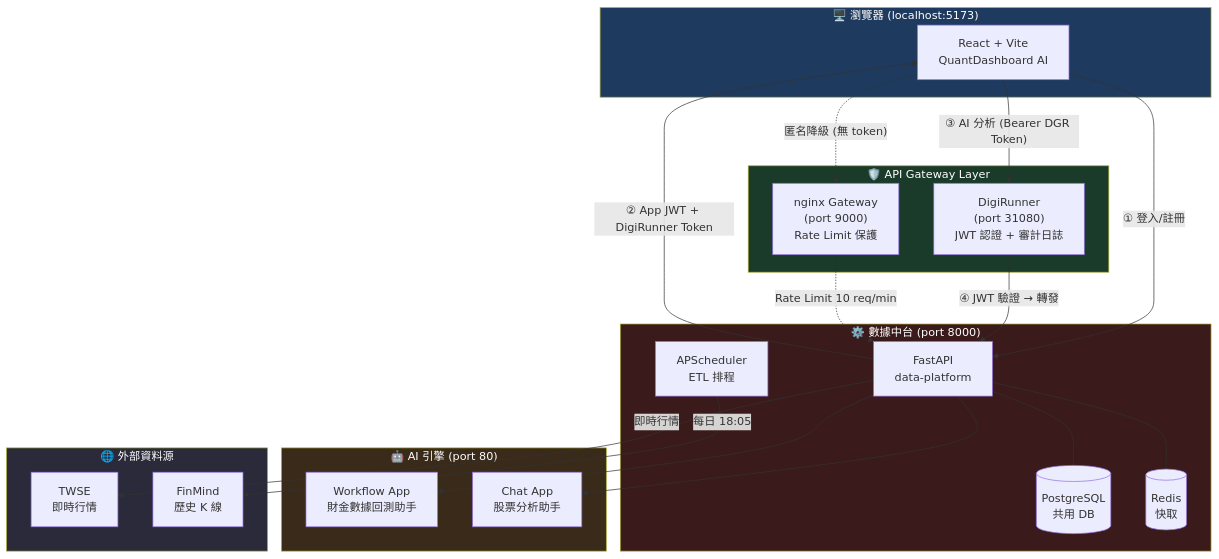
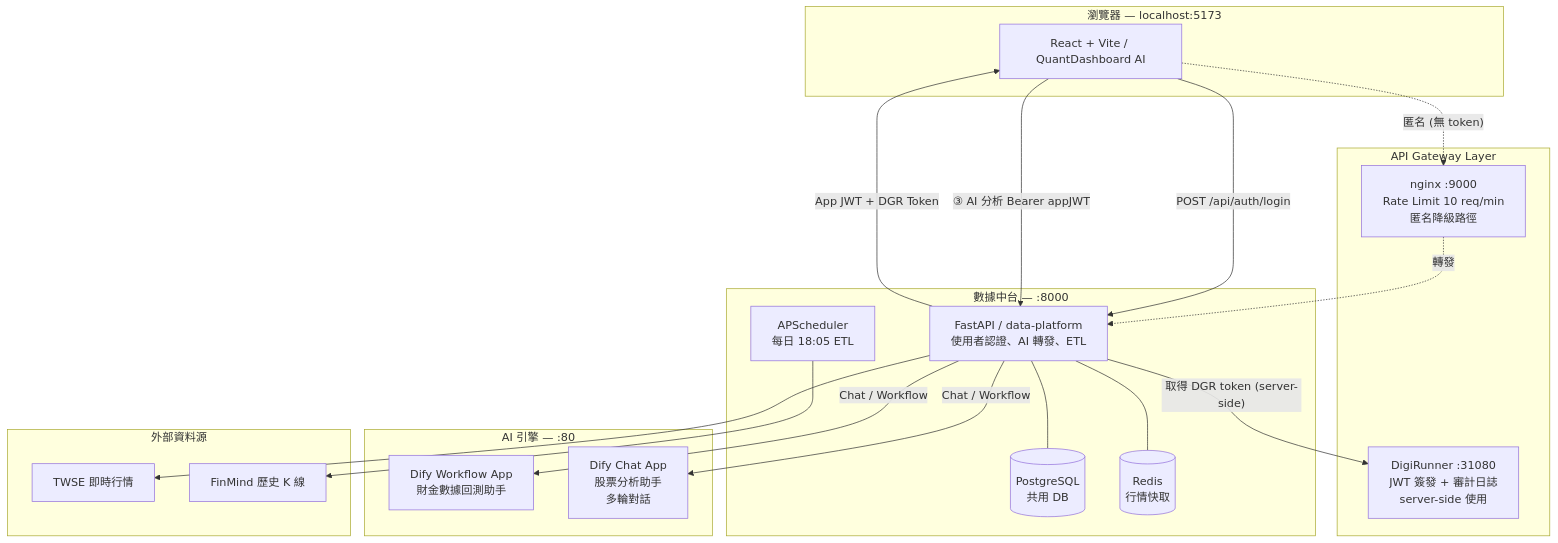
Before and after one commit to kevinzeroCode/GDG-opentpi-2026: the diagram in README.md, drawn with Mermaid. The commit also changed 3 other files, not shown here.

First line of the commit message:
fix: 改前端 AI 路由避免 DigiRunner CORS 問題，修 Mermaid 換行

````diff
--- a/README.md
+++ b/README.md
@@ -10,49 +10,43 @@
 ```mermaid
 graph TB
-    subgraph Client["🖥️ 瀏覽器 (localhost:5173)"]
-        FE["React + Vite\nQuantDashboard AI"]
+    subgraph Client["瀏覽器 — localhost:5173"]
+        FE["React + Vite / QuantDashboard AI"]
     end
 
-    subgraph Gateway["🛡️ API Gateway Layer"]
-        DGR["DigiRunner\n(port 31080)\nJWT 認證 + 審計日誌"]
-        NGX["nginx Gateway\n(port 9000)\nRate Limit 保護"]
+    subgraph GatewayLayer["API Gateway Layer"]
+        DGR["DigiRunner :31080<br/>JWT 簽發 + 審計日誌<br/>server-side 使用"]
+        NGX["nginx :9000<br/>Rate Limit 10 req/min<br/>匿名降級路徑"]
     end
 
-    subgraph Platform["⚙️ 數據中台 (port 8000)"]
-        API["FastAPI\ndata-platform"]
-        PG[("PostgreSQL\n共用 DB")]
-        RD[("Redis\n快取")]
-        ETL["APScheduler\nETL 排程"]
+    subgraph Platform["數據中台 — :8000"]
+        API["FastAPI / data-platform<br/>使用者認證、AI 轉發、ETL"]
+        PG[("PostgreSQL<br/>共用 DB")]
+        RD[("Redis<br/>行情快取")]
+        ETL["APScheduler<br/>每日 18:05 ETL"]
     end
 
-    subgraph AI["🤖 AI 引擎 (port 80)"]
-        WF["Workflow App\n財金數據回測助手"]
-        CHAT["Chat App\n股票分析助手"]
+    subgraph AIEngine["AI 引擎 — :80"]
+        WF["Dify Workflow App<br/>財金數據回測助手"]
+        CHAT["Dify Chat App<br/>股票分析助手<br/>多輪對話"]
     end
 
-    subgraph External["🌐 外部資料源"]
-        TWSE["TWSE\n即時行情"]
-        FM["FinMind\n歷史 K 線"]
+    subgraph External["外部資料源"]
+        TWSE["TWSE 即時行情"]
+        FM["FinMind 歷史 K 線"]
     end
 
-    FE -- "① 登入/註冊" --> API
-    API -- "② App JWT + DigiRunner Token" --> FE
+    FE -- "POST /api/auth/login" --> API
+    API -- "App JWT + DGR Token" --> FE
 
-    FE -- "③ AI 分析 (Bearer DGR Token)" --> DGR
-    DGR -- "④ JWT 驗證 → 轉發" --> API
-    FE -. "匿名降級 (無 token)" .-> NGX
-    NGX -. "Rate Limit 10 req/min" .-> API
+    FE -- "③ AI 分析 Bearer appJWT" --> API
+    FE -. "匿名 (無 token)" .-> NGX
+    NGX -. "轉發" .-> API
 
-    API --> WF
-    API --> CHAT
+    API -- "取得 DGR token (server-side)" --> DGR
+    API -- "Chat / Workflow" --> WF
+    API -- "Chat / Workflow" --> CHAT
     API --- PG
     API --- RD
-    ETL -- "每日 18:05" --> FM
-    API -- "即時行情" --> TWSE
-
-    style Client fill:#1e3a5f,color:#fff
-    style Gateway fill:#1a3a2a,color:#fff
-    style Platform fill:#3a1a1a,color:#fff
-    style AI fill:#3a2a1a,color:#fff
-    style External fill:#2a2a3a,color:#fff
+    ETL --> FM
+    API --> TWSE
 ```
````
